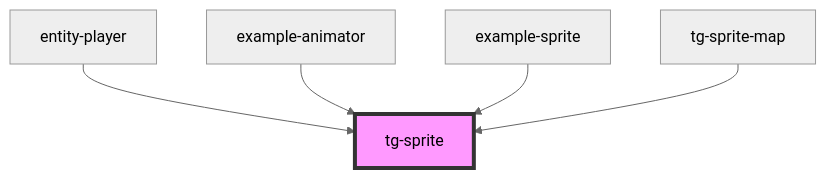
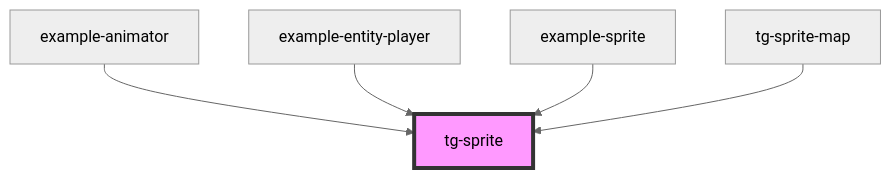
Before and after one commit to Scan0815/tg-engine: the diagram in src/components/engine/tg-sprite/readme.md, drawn with Mermaid (neutral theme). The commit also changed other lines of this file and 19 other files, not shown here.

````diff
--- a/src/components/engine/tg-sprite/readme.md
+++ b/src/components/engine/tg-sprite/readme.md
@@ -38,8 +38,8 @@
 ```mermaid
 graph TD;
-  entity-player --> tg-sprite
   example-animator --> tg-sprite
+  example-entity-player --> tg-sprite
   example-sprite --> tg-sprite
   tg-sprite-map --> tg-sprite
   style tg-sprite fill:#f9f,stroke:#333,stroke-width:4px
 ```
````
